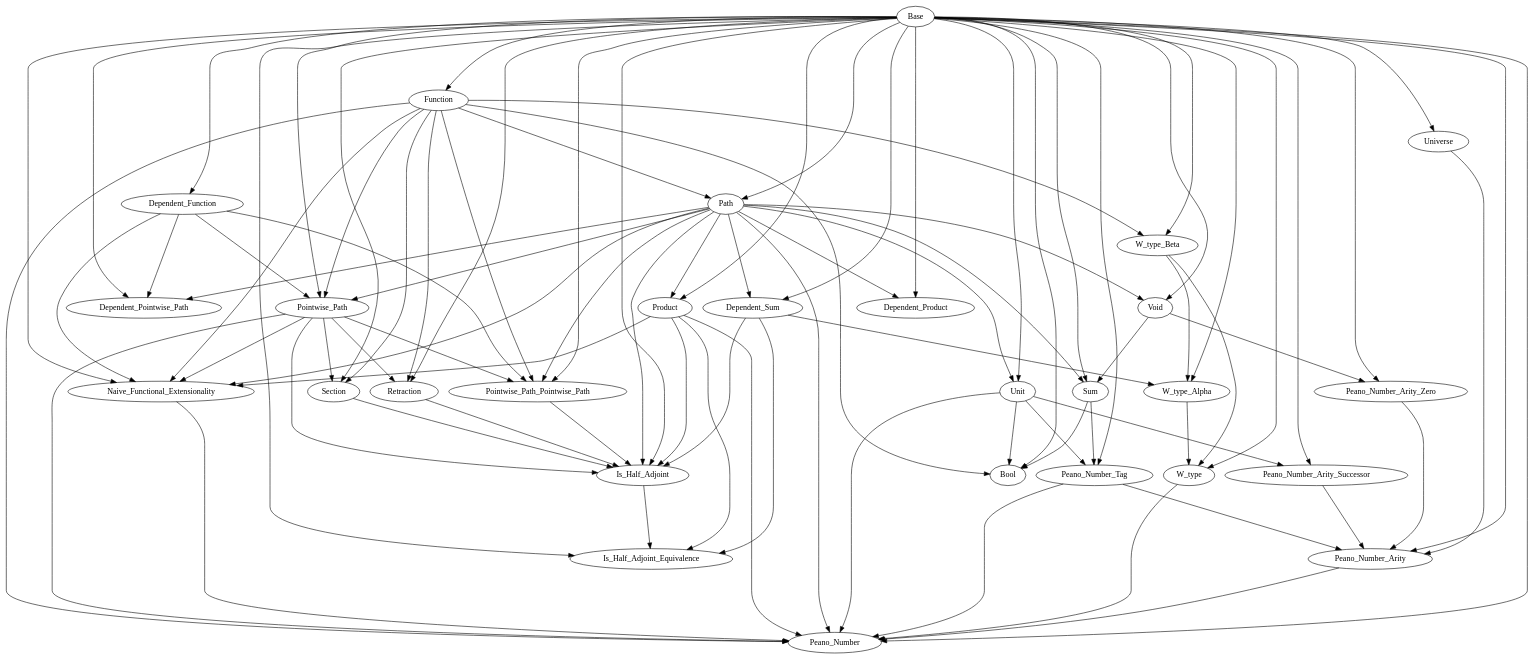
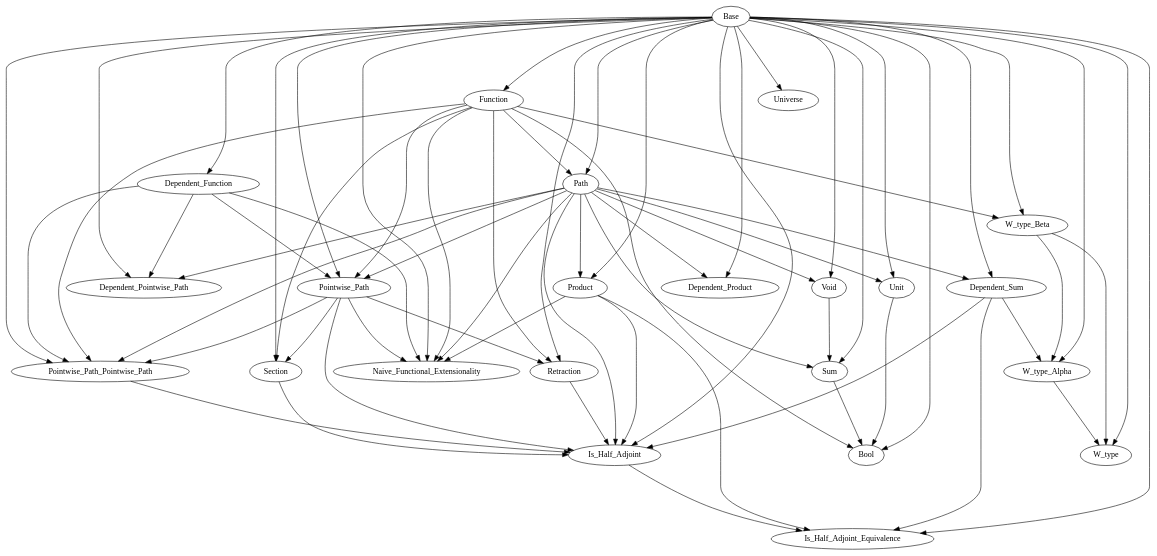
Before and after one commit to Hexirp/googology-in-coq: the diagram in libraries/dependencies.gv, drawn with Graphviz. The commit also changed 5 other files, not shown here.

First line of the commit message:
Delete: Peano_Number を

```diff
--- a/libraries/dependencies.gv
+++ b/libraries/dependencies.gv
@@ -1,147 +1,115 @@
 digraph Dependencies {
   edge [ minlen = 3 ];
 
   # Base
 
   # Dependent_Function
   "Base" -> "Dependent_Function";
 
   # Function
   "Base" -> "Function";
 
   # Path
   "Base" -> "Path";
   "Function" -> "Path";
 
   # Void
   "Base" -> "Void";
   "Path" -> "Void";
 
   # Unit
   "Base" -> "Unit";
   "Path" -> "Unit";
 
   # Sum
   "Base" -> "Sum";
   "Path" -> "Sum";
   "Void" -> "Sum";
 
   # Product
   "Base" -> "Product";
   "Path" -> "Product";
 
   # Dependent_Sum
   "Base" -> "Dependent_Sum";
   "Path" -> "Dependent_Sum";
 
   # Dependent_Product
   "Base" -> "Dependent_Product";
   "Path" -> "Dependent_Product";
 
   # W_type_Beta
   "Base" -> "W_type_Beta";
   "Function" -> "W_type_Beta";
 
   # W_type_Alpha
   "Base" -> "W_type_Alpha";
   "Dependent_Sum" -> "W_type_Alpha";
   "W_type_Beta" -> "W_type_Alpha";
 
   # W_type
   "Base" -> "W_type";
   "W_type_Alpha" -> "W_type";
   "W_type_Beta" -> "W_type";
 
   # Universe
   "Base" -> "Universe";
 
   # Dependent_Pointwise_Path
   "Base" -> "Dependent_Pointwise_Path";
   "Dependent_Function" -> "Dependent_Pointwise_Path";
   "Path" -> "Dependent_Pointwise_Path";
 
   # Pointwise_Path
   "Base" -> "Pointwise_Path";
   "Dependent_Function" -> "Pointwise_Path";
   "Function" -> "Pointwise_Path";
   "Path" -> "Pointwise_Path";
 
   # Pointwise_Path_Pointwise_Path
   "Base" -> "Pointwise_Path_Pointwise_Path";
   "Dependent_Function" -> "Pointwise_Path_Pointwise_Path";
   "Function" -> "Pointwise_Path_Pointwise_Path";
   "Path" -> "Pointwise_Path_Pointwise_Path";
   "Pointwise_Path" -> "Pointwise_Path_Pointwise_Path";
 
   # Section
   "Base" -> "Section";
   "Function" -> "Section";
   "Pointwise_Path" -> "Section";
 
   # Retraction
   "Base" -> "Retraction";
   "Function" -> "Retraction";
   "Pointwise_Path" -> "Retraction";
 
   # Is_Half_Adjoint
   "Base" -> "Is_Half_Adjoint";
   "Dependent_Sum" -> "Is_Half_Adjoint";
   "Product" -> "Is_Half_Adjoint";
   "Path" -> "Is_Half_Adjoint";
   "Pointwise_Path" -> "Is_Half_Adjoint";
   "Pointwise_Path_Pointwise_Path" -> "Is_Half_Adjoint";
   "Section" -> "Is_Half_Adjoint";
   "Retraction" -> "Is_Half_Adjoint";
 
   # Is_Half_Adjoint_Equivalence
   "Base" -> "Is_Half_Adjoint_Equivalence";
   "Dependent_Sum" -> "Is_Half_Adjoint_Equivalence";
   "Product" -> "Is_Half_Adjoint_Equivalence";
   "Is_Half_Adjoint" -> "Is_Half_Adjoint_Equivalence";
 
   # Naive_Functional_Extensionality
   "Base" -> "Naive_Functional_Extensionality";
   "Dependent_Function" -> "Naive_Functional_Extensionality";
   "Function" -> "Naive_Functional_Extensionality";
   "Product" -> "Naive_Functional_Extensionality";
   "Path" -> "Naive_Functional_Extensionality";
   "Pointwise_Path" -> "Naive_Functional_Extensionality";
 
   # Bool
   "Base" -> "Bool";
   "Function" -> "Bool";
   "Sum" -> "Bool";
   "Unit" -> "Bool";
-
-  # Peano_Number_Tag
-  "Base" -> "Peano_Number_Tag";
-  "Sum" -> "Peano_Number_Tag";
-  "Unit" -> "Peano_Number_Tag";
-
-  # Peano_Number_Arity_Zero
-  "Base" -> "Peano_Number_Arity_Zero";
-  "Void" -> "Peano_Number_Arity_Zero";
-
-  # Peano_Number_Arity_Successor
-  "Base" -> "Peano_Number_Arity_Successor";
-  "Unit" -> "Peano_Number_Arity_Successor";
-
-  # Peano_Number_Arity
-  "Base" -> "Peano_Number_Arity";
-  "Universe" -> "Peano_Number_Arity";
-  "Peano_Number_Tag" -> "Peano_Number_Arity";
-  "Peano_Number_Arity_Zero" -> "Peano_Number_Arity";
-  "Peano_Number_Arity_Successor" -> "Peano_Number_Arity";
-
-  # Peano_Number
-  "Base" -> "Peano_Number";
-  "Function" -> "Peano_Number";
-  "Product" -> "Peano_Number";
-  "Unit" -> "Peano_Number";
-  "W_type" -> "Peano_Number";
-  "Path" -> "Peano_Number";
-  "Pointwise_Path" -> "Peano_Number";
-  "Naive_Functional_Extensionality" -> "Peano_Number";
-  "Peano_Number_Tag" -> "Peano_Number";
-  "Peano_Number_Arity" -> "Peano_Number";
 }
```
